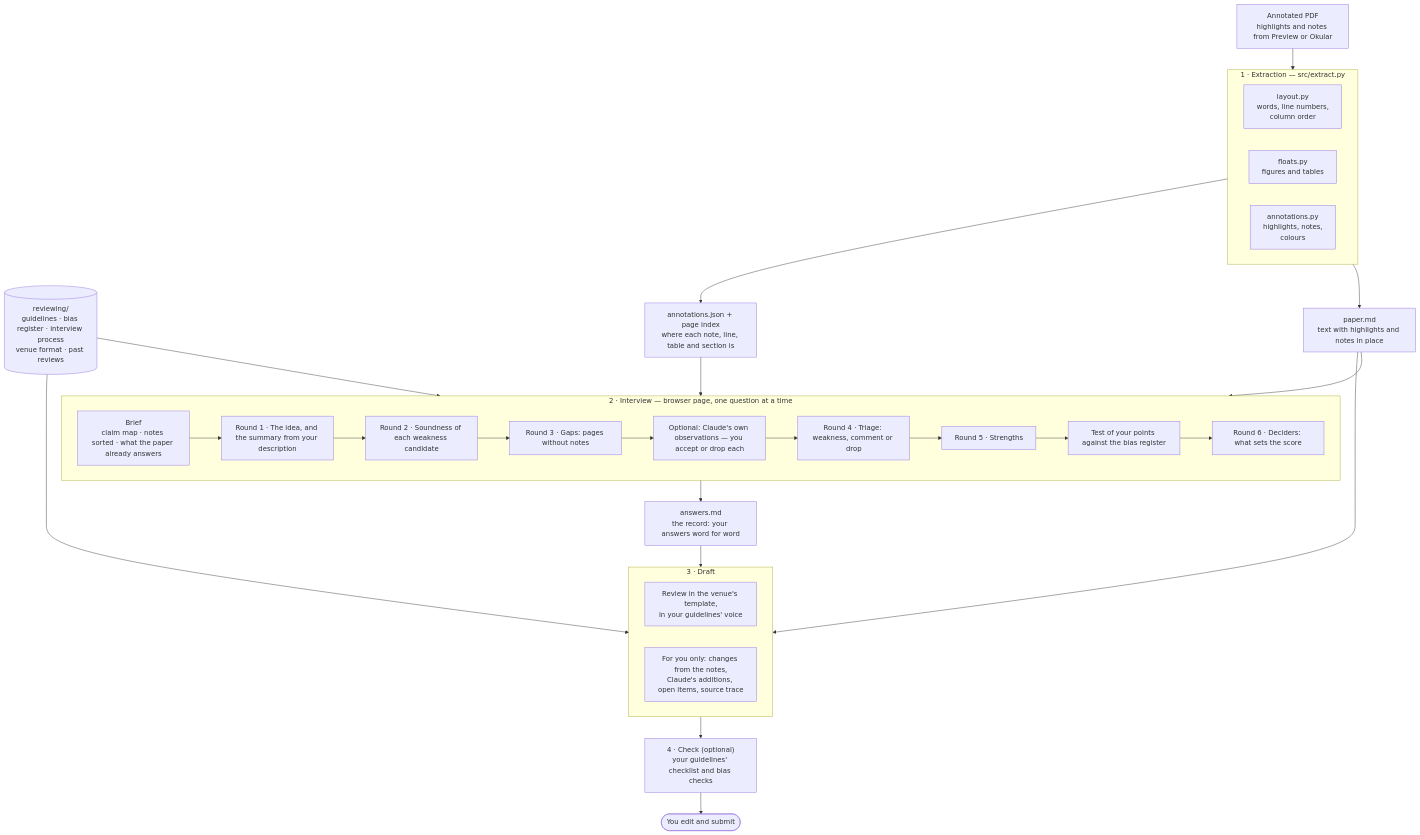
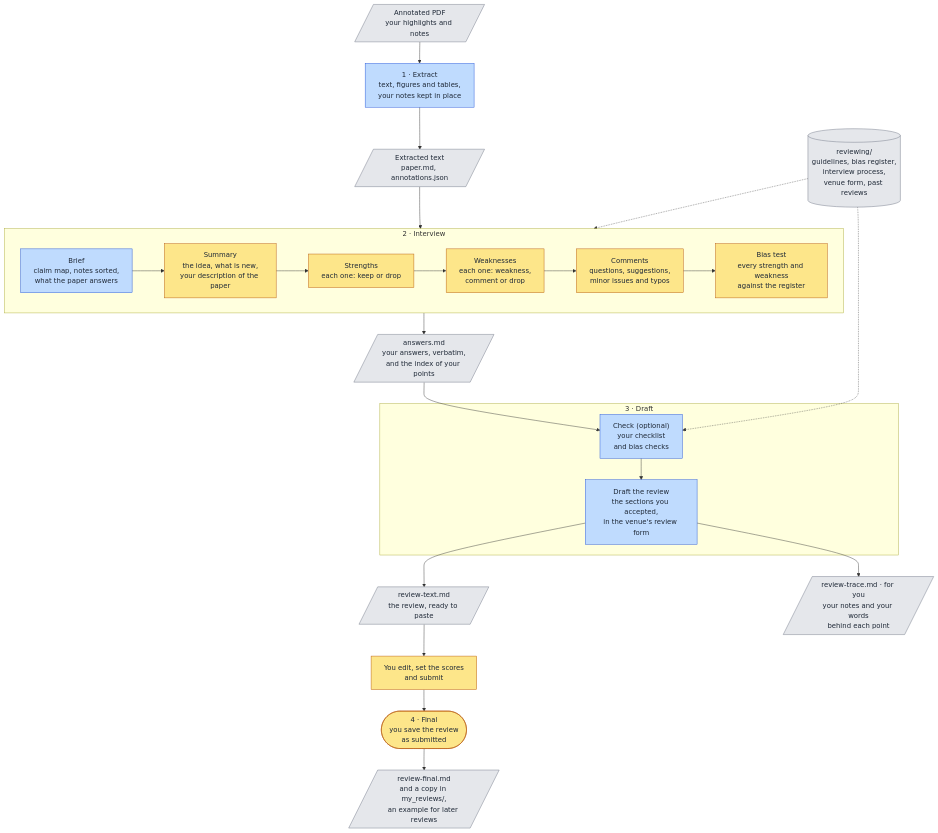
Before and after one commit to FJFehr/debrief: the diagram in docs/review-interview.md, drawn with Mermaid. The commit also changed other lines of this file and 27 other files, not shown here.

````diff
--- a/docs/review-interview.md
+++ b/docs/review-interview.md
@@ -30,43 +44,42 @@
 ```mermaid
 flowchart TD
-    PDF["Annotated PDF<br/>highlights and notes from Preview or Okular"]
-    GUIDE[("reviewing/<br/>guidelines · bias register · interview process<br/>venue format · past reviews")]
+    PDF[/"Annotated PDF<br/>your highlights and notes"/]:::file
+    EX["1 · Extract<br/>text, figures and tables,<br/>your notes kept in place"]:::tool
+    MD[/"Extracted text<br/>paper.md, annotations.json"/]:::file
+    GUIDE[("reviewing/<br/>guidelines, bias register,<br/>interview process,<br/>venue form, past reviews")]:::file
 
-    subgraph EX["1 · Extraction — src/extract.py"]
-        direction LR
-        L["layout.py<br/>words, line numbers,<br/>column order"]
-        F["floats.py<br/>figures and tables"]
-        A["annotations.py<br/>highlights, notes,<br/>colours"]
+    subgraph INT["2 · Interview"]
+        B["Brief<br/>claim map, notes sorted,<br/>what the paper answers"]:::tool
+        SUM["Summary<br/>the idea, what is new,<br/>your description of the paper"]:::you
+        STR["Strengths<br/>each one: keep or drop"]:::you
+        WEAK["Weaknesses<br/>each one: weakness,<br/>comment or drop"]:::you
+        COM["Comments<br/>questions, suggestions,<br/>minor issues and typos"]:::you
+        BIAS["Bias test<br/>every strength and weakness<br/>against the register"]:::you
+        B --> SUM --> STR --> WEAK --> COM --> BIAS
     end
-    PDF --> EX
-    EX --> MD["paper.md<br/>text with highlights and notes in place"]
-    EX --> IDX["annotations.json + page index<br/>where each note, line, table and section is"]
 
-    subgraph INT["2 · Interview — browser page, one question at a time"]
-        B["Brief<br/>claim map · notes sorted · what the paper already answers"]
-        R1["Round 1 · The idea, and the summary from your description"]
-        R2["Round 2 · Soundness of each weakness candidate"]
-        R3["Round 3 · Gaps: pages without notes"]
-        OBS["Optional: Claude's own observations — you accept or drop each"]
-        R4["Round 4 · Triage: weakness, comment or drop"]
-        R5["Round 5 · Strengths"]
-        T["Test of your points against the bias register"]
-        R6["Round 6 · Deciders: what sets the score"]
-        B --> R1 --> R2 --> R3 --> OBS --> R4 --> R5 --> T --> R6
+    REC[/"answers.md<br/>your answers, verbatim,<br/>and the index of your points"/]:::file
+
+    subgraph DRAFT["3 · Draft"]
+        CHK["Check (optional)<br/>your checklist<br/>and bias checks"]:::tool
+        DR["Draft the review<br/>the sections you accepted,<br/>in the venue's review form"]:::tool
+        CHK --> DR
     end
-    MD --> INT
-    IDX --> INT
-    GUIDE --> INT
-    INT --> REC["answers.md<br/>the record: your answers word for word"]
 
-    subgraph DR["3 · Draft"]
-        D["Review in the venue's template,<br/>in your guidelines' voice"]
-        TR["For you only: changes from the notes,<br/>Claude's additions, open items, source trace"]
-    end
-    REC --> DR
-    MD --> DR
-    GUIDE --> DR
+    REV[/"review-text.md<br/>the review, ready to paste"/]:::file
+    TR[/"review-trace.md · for you<br/>your notes and your words<br/>behind each point"/]:::file
+    OUT["You edit, set the scores<br/>and submit"]:::you
+    FIN(["4 · Final<br/>you save the review<br/>as submitted"]):::you
+    KEEP[/"review-final.md<br/>and a copy in my_reviews/,<br/>an example for later reviews"/]:::file
 
-    DR --> CHK["4 · Check (optional)<br/>your guidelines' checklist and bias checks"]
-    CHK --> OUT(["You edit and submit"])
+    PDF --> EX --> MD --> INT
+    INT --> REC --> CHK
+    DR --> REV --> OUT --> FIN --> KEEP
+    DR --> TR
+    GUIDE -.-> INT
+    GUIDE -.-> CHK
+
+    classDef you fill:#fde68a,stroke:#b45309,color:#1f2937
+    classDef tool fill:#bfdbfe,stroke:#1d4ed8,color:#1f2937
+    classDef file fill:#e5e7eb,stroke:#6b7280,color:#1f2937
 ```
````
